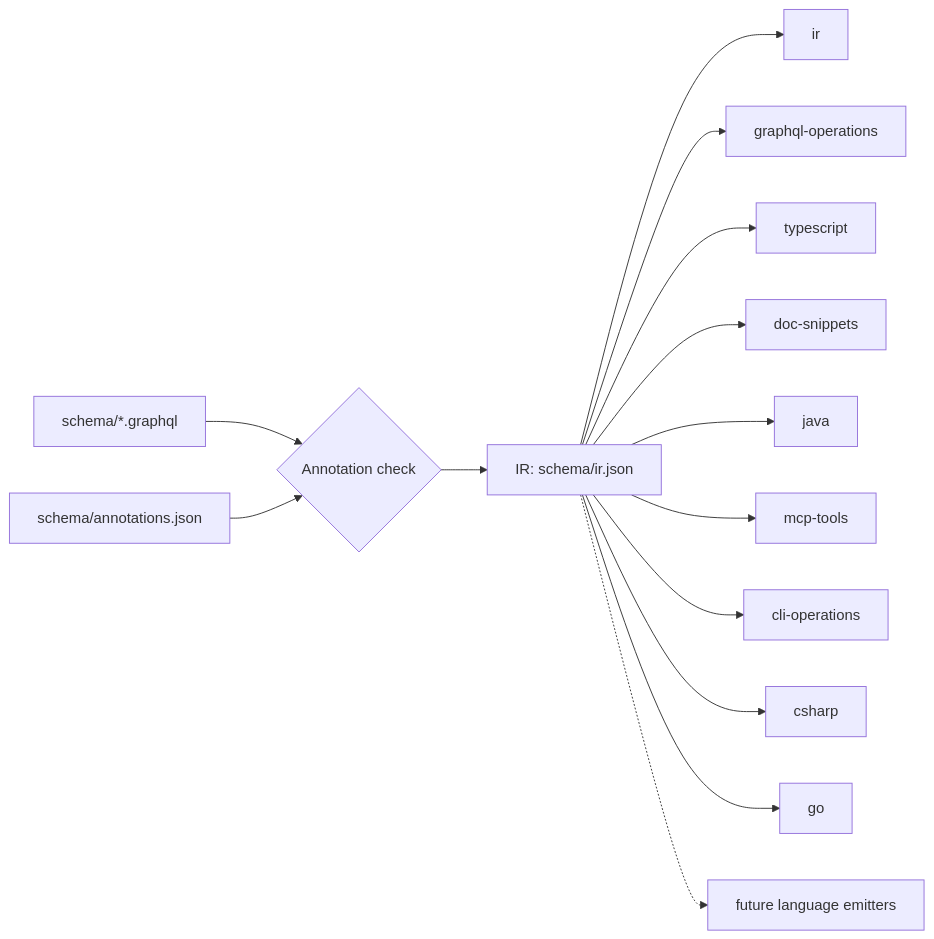
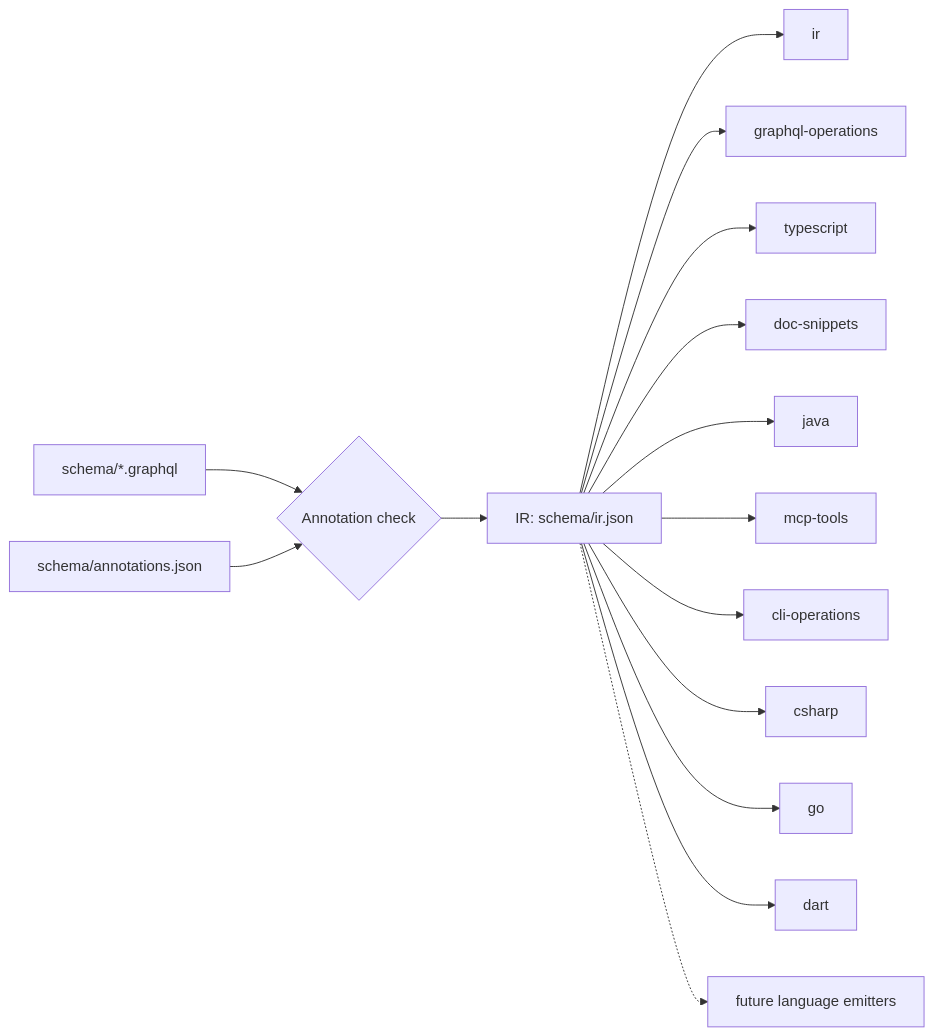
One commit to ConvoHop/sdks changed the diagram in docs/sdk-generation.md. Above: the diagram before and after it, drawn with Mermaid. The commit also changed other lines of this file and 101 other files, not shown here.

````diff
--- a/docs/sdk-generation.md
+++ b/docs/sdk-generation.md
@@ -9,16 +9,17 @@
 ```mermaid
 flowchart LR
   S["schema/*.graphql"] --> C{"Annotation check"}
   A["schema/annotations.json"] --> C
   C --> I["IR: schema/ir.json"]
   I --> E1["ir"]
   I --> E2["graphql-operations"]
   I --> E3["typescript"]
   I --> E4["doc-snippets"]
   I --> EJ["java"]
   I --> EM["mcp-tools"]
   I --> EC["cli-operations"]
   I --> ECS["csharp"]
   I --> EG["go"]
+  I --> ED["dart"]
   I -.-> E5["future language emitters"]
 ```
````
